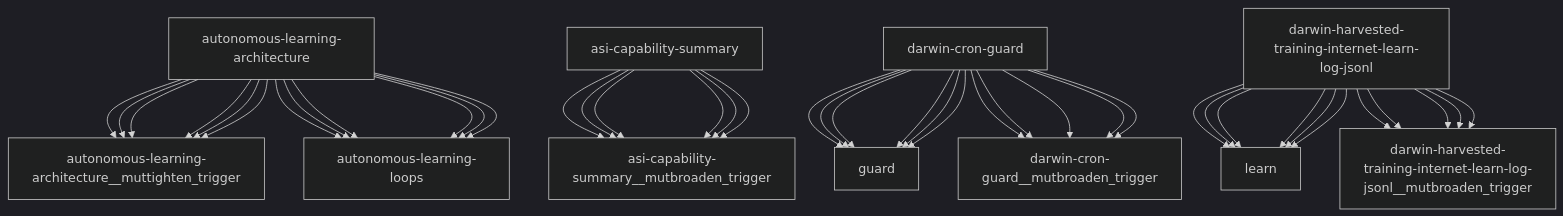
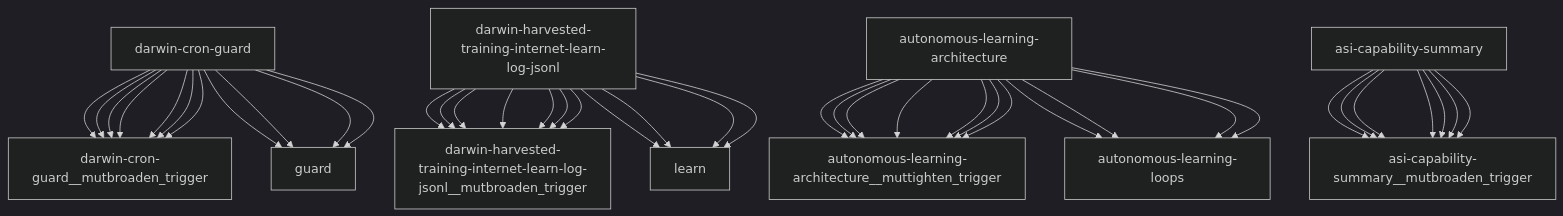
The diagram in reports/darwin-report.md (openamer/openamer), drawn with Mermaid (dark theme) before and after one commit. The commit also changed other lines of this file and 14 other files, not shown here.

````diff
--- a/reports/darwin-report.md
+++ b/reports/darwin-report.md
@@ -74,43 +74,43 @@
 ```mermaid
 graph TD
-    autonomous-learning-architecture["autonomous-learning-architecture"] --> autonomous-learning-architecture__muttighten_trigger["autonomous-learning-architecture__muttighten_trigger"]
-    asi-capability-summary["asi-capability-summary"] --> asi-capability-summary__mutbroaden_trigger["asi-capability-summary__mutbroaden_trigger"]
-    darwin-cron-guard["darwin-cron-guard"] --> guard["guard"]
-    darwin-harvested-training-internet-learn-log-jsonl["darwin-harvested-training-internet-learn-log-jsonl"] --> learn["learn"]
-    autonomous-learning-architecture["autonomous-learning-architecture"] --> autonomous-learning-loops["autonomous-learning-loops"]
     darwin-cron-guard["darwin-cron-guard"] --> darwin-cron-guard__mutbroaden_trigger["darwin-cron-guard__mutbroaden_trigger"]
     darwin-harvested-training-internet-learn-log-jsonl["darwin-harvested-training-internet-learn-log-jsonl"] --> darwin-harvested-training-internet-learn-log-jsonl__mutbroaden_trigger["darwin-harvested-training-internet-learn-log-jsonl__mutbroaden_trigger"]
     autonomous-learning-architecture["autonomous-learning-architecture"] --> autonomous-learning-architecture__muttighten_trigger["autonomous-learning-architecture__muttighten_trigger"]
     asi-capability-summary["asi-capability-summary"] --> asi-capability-summary__mutbroaden_trigger["asi-capability-summary__mutbroaden_trigger"]
-    darwin-cron-guard["darwin-cron-guard"] --> guard["guard"]
-    darwin-harvested-training-internet-learn-log-jsonl["darwin-harvested-training-internet-learn-log-jsonl"] --> learn["learn"]
-    autonomous-learning-architecture["autonomous-learning-architecture"] --> autonomous-learning-loops["autonomous-learning-loops"]
+    darwin-cron-guard["darwin-cron-guard"] --> darwin-cron-guard__mutbroaden_trigger["darwin-cron-guard__mutbroaden_trigger"]
+    darwin-harvested-training-internet-learn-log-jsonl["darwin-harvested-training-internet-learn-log-jsonl"] --> darwin-harvested-training-internet-learn-log-jsonl__mutbroaden_trigger["darwin-harvested-training-internet-learn-log-jsonl__mutbroaden_trigger"]
+    autonomous-learning-architecture["autonomous-learning-architecture"] --> autonomous-learning-architecture__muttighten_trigger["autonomous-learning-architecture__muttighten_trigger"]
+    asi-capability-summary["asi-capability-summary"] --> asi-capability-summary__mutbroaden_trigger["asi-capability-summary__mutbroaden_trigger"]
+    darwin-cron-guard["darwin-cron-guard"] --> darwin-cron-guard__mutbroaden_trigger["darwin-cron-guard__mutbroaden_trigger"]
+    darwin-harvested-training-internet-learn-log-jsonl["darwin-harvested-training-internet-learn-log-jsonl"] --> darwin-harvested-training-internet-learn-log-jsonl__mutbroaden_trigger["darwin-harvested-training-internet-learn-log-jsonl__mutbroaden_trigger"]
+    autonomous-learning-architecture["autonomous-learning-architecture"] --> autonomous-learning-architecture__muttighten_trigger["autonomous-learning-architecture__muttighten_trigger"]
+    asi-capability-summary["asi-capability-summary"] --> asi-capability-summary__mutbroaden_trigger["asi-capability-summary__mutbroaden_trigger"]
     darwin-cron-guard["darwin-cron-guard"] --> darwin-cron-guard__mutbroaden_trigger["darwin-cron-guard__mutbroaden_trigger"]
     darwin-harvested-training-internet-learn-log-jsonl["darwin-harvested-training-internet-learn-log-jsonl"] --> darwin-harvested-training-internet-learn-log-jsonl__mutbroaden_trigger["darwin-harvested-training-internet-learn-log-jsonl__mutbroaden_trigger"]
     autonomous-learning-architecture["autonomous-learning-architecture"] --> autonomous-learning-architecture__muttighten_trigger["autonomous-learning-architecture__muttighten_trigger"]
     asi-capability-summary["asi-capability-summary"] --> asi-capability-summary__mutbroaden_trigger["asi-capability-summary__mutbroaden_trigger"]
     darwin-cron-guard["darwin-cron-guard"] --> guard["guard"]
     darwin-harvested-training-internet-learn-log-jsonl["darwin-harvested-training-internet-learn-log-jsonl"] --> learn["learn"]
     autonomous-learning-architecture["autonomous-learning-architecture"] --> autonomous-learning-loops["autonomous-learning-loops"]
     darwin-cron-guard["darwin-cron-guard"] --> darwin-cron-guard__mutbroaden_trigger["darwin-cron-guard__mutbroaden_trigger"]
     darwin-harvested-training-internet-learn-log-jsonl["darwin-harvested-training-internet-learn-log-jsonl"] --> darwin-harvested-training-internet-learn-log-jsonl__mutbroaden_trigger["darwin-harvested-training-internet-learn-log-jsonl__mutbroaden_trigger"]
     autonomous-learning-architecture["autonomous-learning-architecture"] --> autonomous-learning-architecture__muttighten_trigger["autonomous-learning-architecture__muttighten_trigger"]
     asi-capability-summary["asi-capability-summary"] --> asi-capability-summary__mutbroaden_trigger["asi-capability-summary__mutbroaden_trigger"]
     darwin-cron-guard["darwin-cron-guard"] --> guard["guard"]
     darwin-harvested-training-internet-learn-log-jsonl["darwin-harvested-training-internet-learn-log-jsonl"] --> learn["learn"]
     autonomous-learning-architecture["autonomous-learning-architecture"] --> autonomous-learning-loops["autonomous-learning-loops"]
     darwin-cron-guard["darwin-cron-guard"] --> darwin-cron-guard__mutbroaden_trigger["darwin-cron-guard__mutbroaden_trigger"]
     darwin-harvested-training-internet-learn-log-jsonl["darwin-harvested-training-internet-learn-log-jsonl"] --> darwin-harvested-training-internet-learn-log-jsonl__mutbroaden_trigger["darwin-harvested-training-internet-learn-log-jsonl__mutbroaden_trigger"]
     autonomous-learning-architecture["autonomous-learning-architecture"] --> autonomous-learning-architecture__muttighten_trigger["autonomous-learning-architecture__muttighten_trigger"]
     asi-capability-summary["asi-capability-summary"] --> asi-capability-summary__mutbroaden_trigger["asi-capability-summary__mutbroaden_trigger"]
     darwin-cron-guard["darwin-cron-guard"] --> guard["guard"]
     darwin-harvested-training-internet-learn-log-jsonl["darwin-harvested-training-internet-learn-log-jsonl"] --> learn["learn"]
     autonomous-learning-architecture["autonomous-learning-architecture"] --> autonomous-learning-loops["autonomous-learning-loops"]
     darwin-cron-guard["darwin-cron-guard"] --> darwin-cron-guard__mutbroaden_trigger["darwin-cron-guard__mutbroaden_trigger"]
     darwin-harvested-training-internet-learn-log-jsonl["darwin-harvested-training-internet-learn-log-jsonl"] --> darwin-harvested-training-internet-learn-log-jsonl__mutbroaden_trigger["darwin-harvested-training-internet-learn-log-jsonl__mutbroaden_trigger"]
     autonomous-learning-architecture["autonomous-learning-architecture"] --> autonomous-learning-architecture__muttighten_trigger["autonomous-learning-architecture__muttighten_trigger"]
     asi-capability-summary["asi-capability-summary"] --> asi-capability-summary__mutbroaden_trigger["asi-capability-summary__mutbroaden_trigger"]
     darwin-cron-guard["darwin-cron-guard"] --> guard["guard"]
     darwin-harvested-training-internet-learn-log-jsonl["darwin-harvested-training-internet-learn-log-jsonl"] --> learn["learn"]
     autonomous-learning-architecture["autonomous-learning-architecture"] --> autonomous-learning-loops["autonomous-learning-loops"]
 ```
````
